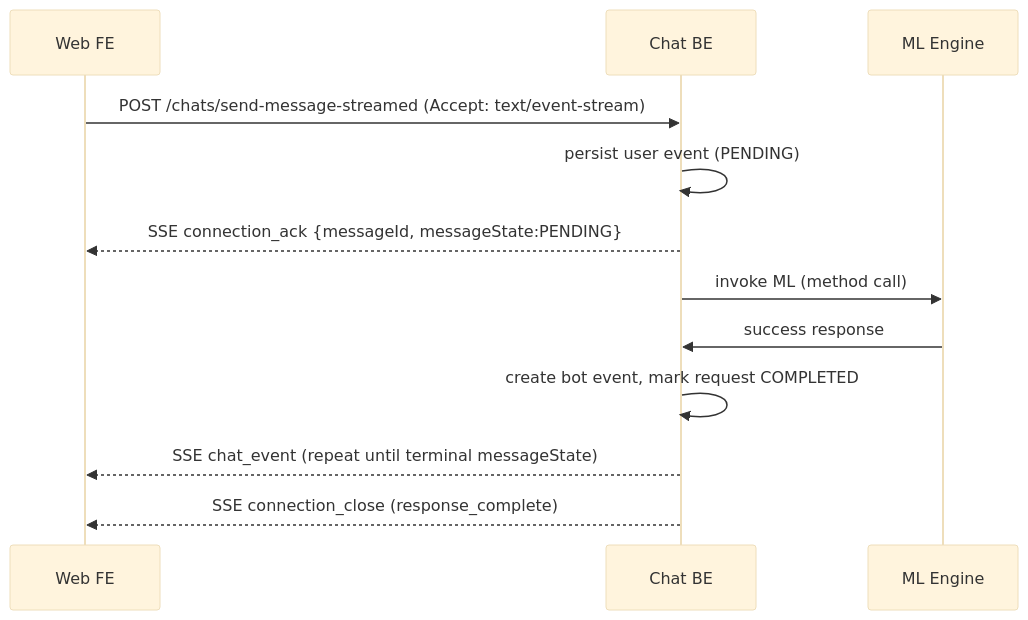
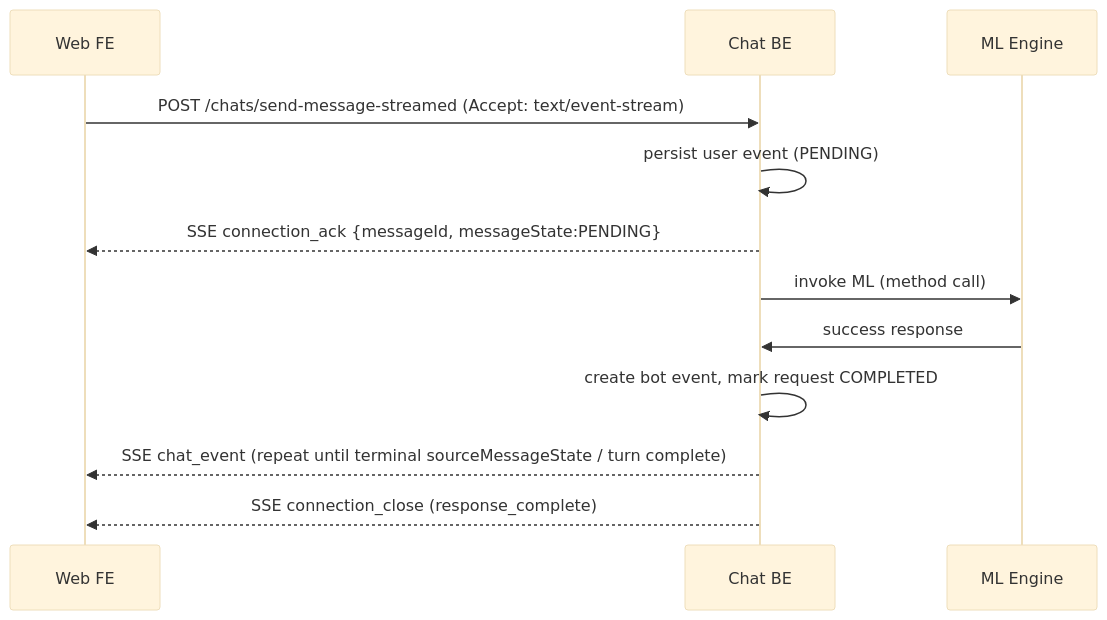
Before and after one commit to sachin-hg/chat-demo: the first of 6 diagrams in chat_v1.md, drawn with Mermaid (base theme). The commit also changed other lines of this file and 9 other files, not shown here.

````diff
--- a/chat_v1.md
+++ b/chat_v1.md
@@ -517,16 +518,16 @@
 ```mermaid
 sequenceDiagram
     participant FE as Web FE
     participant BE as Chat BE
     participant ML as ML Engine
 
     FE->>BE: POST /chats/send-message-streamed (Accept: text/event-stream)
     BE->>BE: persist user event (PENDING)
     BE-->>FE: SSE connection_ack {messageId, messageState:PENDING}
     BE->>ML: invoke ML (method call)
 
     ML->>BE: success response
     BE->>BE: create bot event, mark request COMPLETED
-    BE-->>FE: SSE chat_event (repeat until terminal messageState)
+    BE-->>FE: SSE chat_event (repeat until terminal sourceMessageState / turn complete)
     BE-->>FE: SSE connection_close (response_complete)
 ```
````
